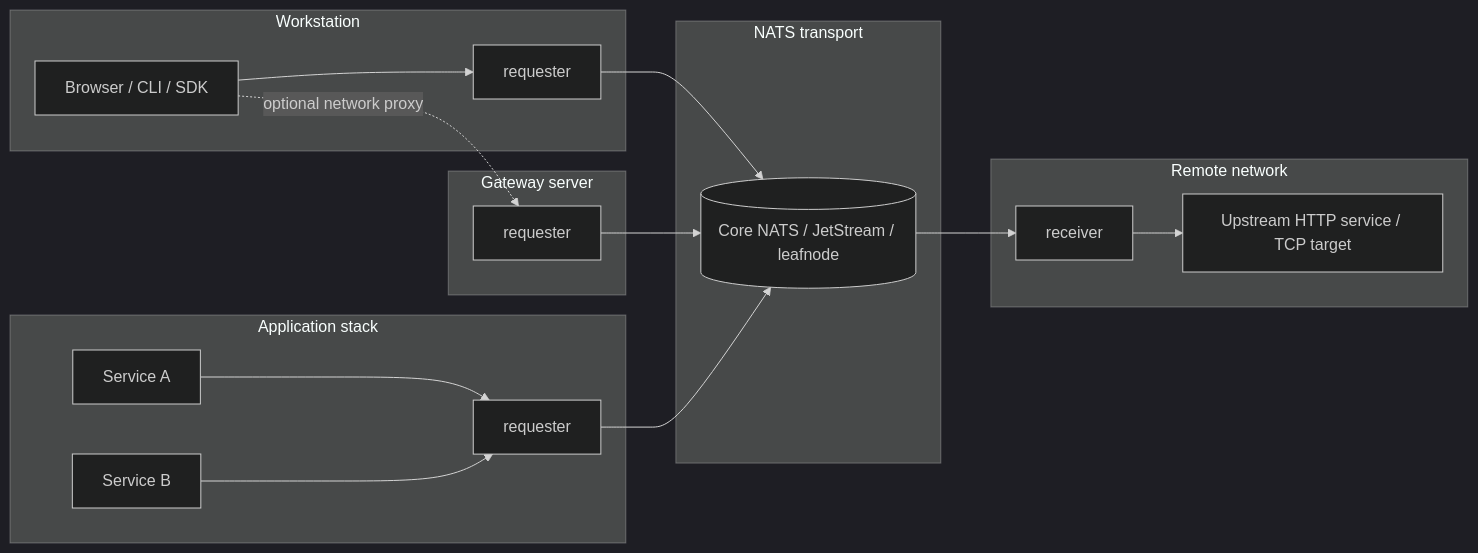
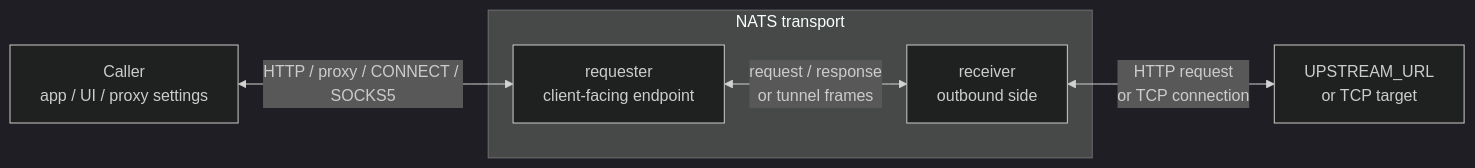
The diagram in docs-site/src/content/docs/concepts/topology.md (artyomb/nats-proxy), drawn with Mermaid (dark theme) before and after one commit. The commit also changed other lines of this file and 21 other files, not shown here.

````diff
--- a/docs-site/src/content/docs/concepts/topology.md
+++ b/docs-site/src/content/docs/concepts/topology.md
@@ -16,31 +26,14 @@
 ```mermaid
 flowchart LR
-  subgraph workstation["Workstation"]
-    cli["Browser / CLI / SDK"] --> req_local["requester"]
+  caller["Caller<br/>app / UI / proxy settings"]
+  target["UPSTREAM_URL<br/>or TCP target"]
+
+  subgraph transport["NATS transport"]
+    requester["requester<br/>client-facing endpoint"]
+    receiver["receiver<br/>outbound side"]
+    requester <-->|request / response<br/>or tunnel frames| receiver
   end
 
-  subgraph gateway["Gateway server"]
-    req_gateway["requester"]
-  end
-
-  subgraph app["Application stack"]
-    svc_a["Service A"] --> req_stack["requester"]
-    svc_b["Service B"] --> req_stack
-  end
-
-  subgraph transport["NATS transport"]
-    nats[("Core NATS / JetStream / leafnode")]
-  end
-
-  subgraph remote["Remote network"]
-    receiver["receiver"]
-    upstream["Upstream HTTP service / TCP target"]
-    receiver --> upstream
-  end
-
-  cli -. optional network proxy .-> req_gateway
-  req_local --> nats
-  req_gateway --> nats
-  req_stack --> nats
-  nats --> receiver
+  caller <-->|HTTP / proxy / CONNECT / SOCKS5| requester
+  receiver <-->|HTTP request<br/>or TCP connection| target
 ```
````
